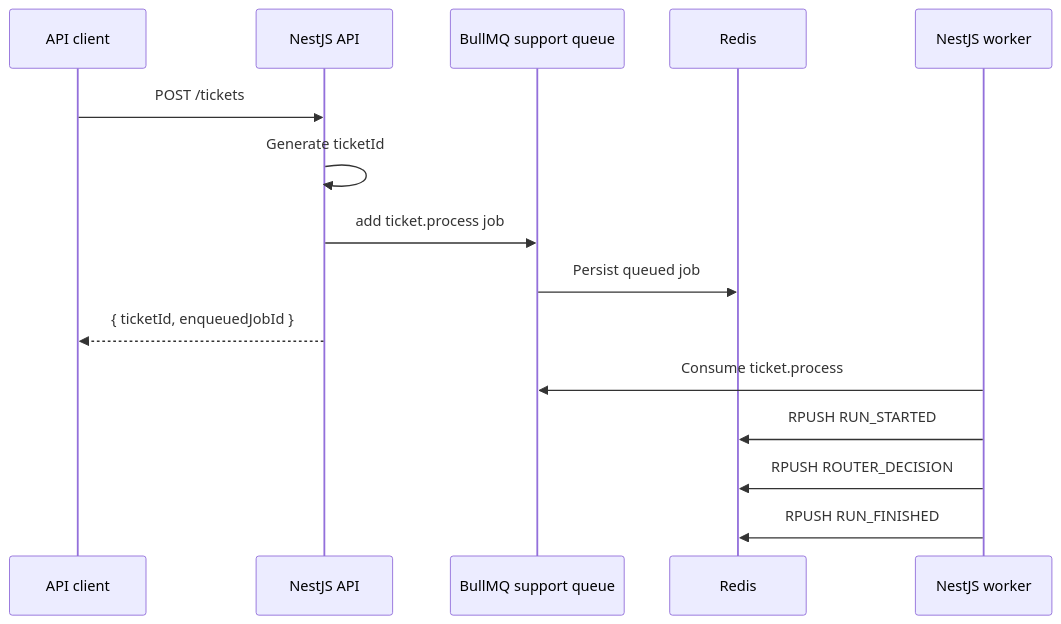
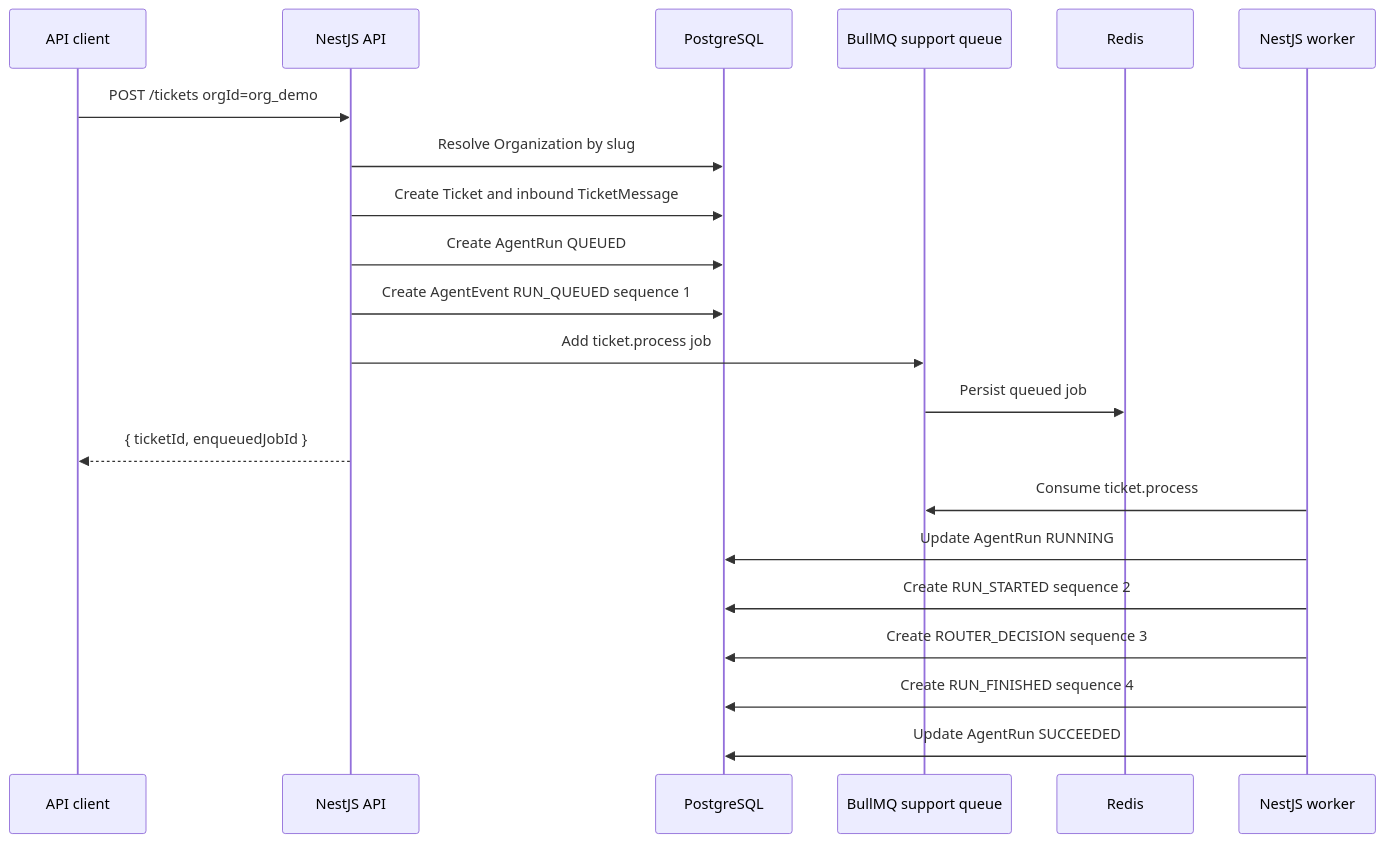
Before and after one commit to its-arnavtech/Autonomous-CSA: the second of 3 diagrams in docs/architecture.md, drawn with Mermaid. The commit also changed other lines of this file and 29 other files, not shown here.

Commit message:
feat: add Postgres persistence for tickets and agent timeline

````diff
--- a/docs/architecture.md
+++ b/docs/architecture.md
@@ -35,18 +40,24 @@
 ```mermaid
 sequenceDiagram
   participant Client as API client
   participant API as NestJS API
+  participant DB as PostgreSQL
   participant Queue as BullMQ support queue
   participant Redis as Redis
   participant Worker as NestJS worker
 
-  Client->>API: POST /tickets
-  API->>API: Generate ticketId
-  API->>Queue: add ticket.process job
+  Client->>API: POST /tickets orgId=org_demo
+  API->>DB: Resolve Organization by slug
+  API->>DB: Create Ticket and inbound TicketMessage
+  API->>DB: Create AgentRun QUEUED
+  API->>DB: Create AgentEvent RUN_QUEUED sequence 1
+  API->>Queue: Add ticket.process job
   Queue->>Redis: Persist queued job
   API-->>Client: { ticketId, enqueuedJobId }
   Worker->>Queue: Consume ticket.process
-  Worker->>Redis: RPUSH RUN_STARTED
-  Worker->>Redis: RPUSH ROUTER_DECISION
-  Worker->>Redis: RPUSH RUN_FINISHED
+  Worker->>DB: Update AgentRun RUNNING
+  Worker->>DB: Create RUN_STARTED sequence 2
+  Worker->>DB: Create ROUTER_DECISION sequence 3
+  Worker->>DB: Create RUN_FINISHED sequence 4
+  Worker->>DB: Update AgentRun SUCCEEDED
 ```
````
